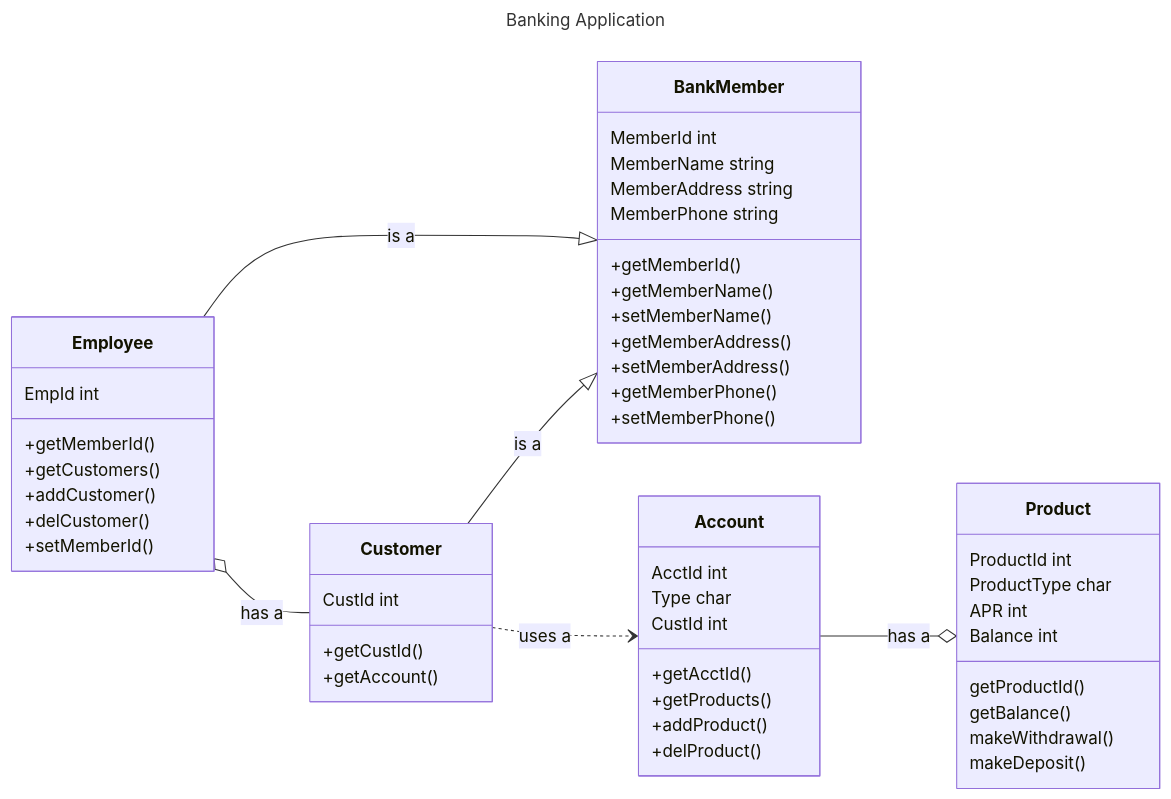
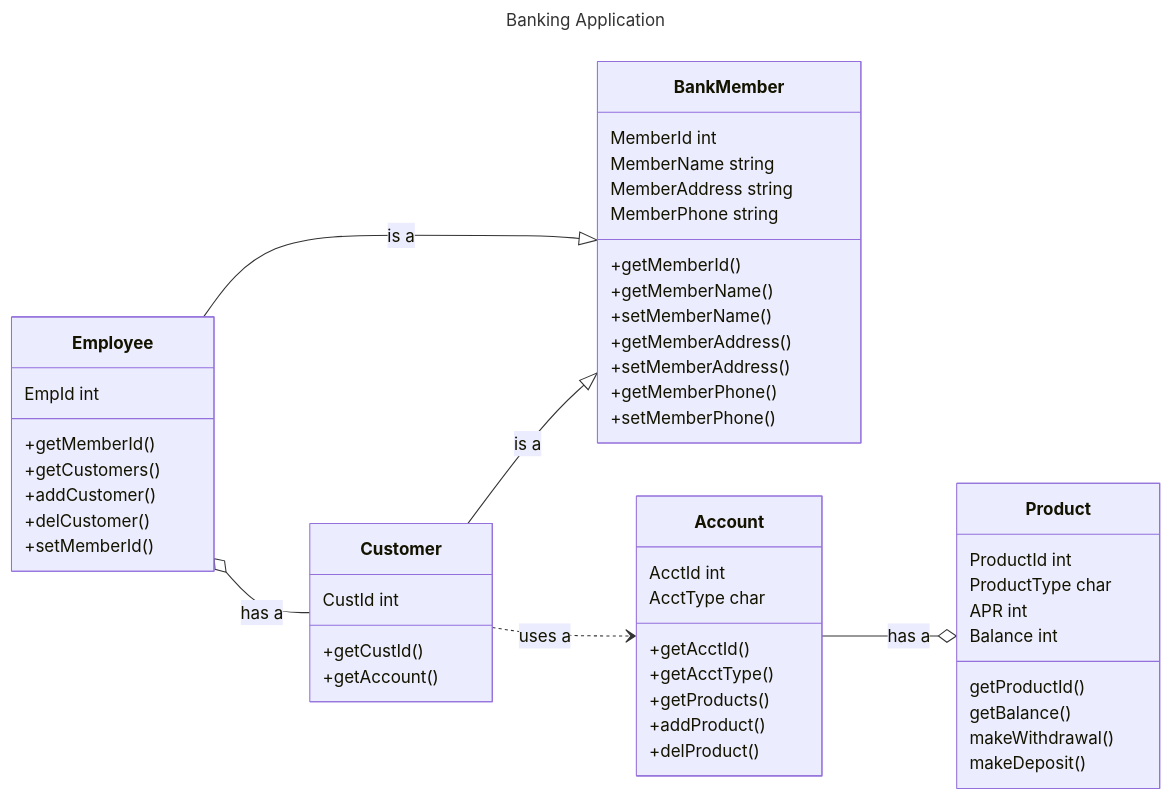
Before and after one commit to Marcus-Snell/Test: the diagram in mermaid.md, drawn with Mermaid.

````diff
--- a/mermaid.md
+++ b/mermaid.md
@@ -1,53 +1,53 @@
 ```mermaid
 ---
 title: Banking Application
 ---
 classDiagram
 direction LR
 BankMember
 BankMember : MemberId int
 BankMember : MemberName string
 BankMember : MemberAddress string
 BankMember : MemberPhone string
 BankMember : +getMemberId()
 BankMember : +getMemberName()
 BankMember : +setMemberName()
 BankMember : +getMemberAddress()
 BankMember : +setMemberAddress()
 BankMember : +getMemberPhone()
 BankMember : +setMemberPhone()
 
 Employee --|> BankMember : is a
 Employee o-- Customer : has a
 Employee : EmpId int
 Employee : +getMemberId()
 Employee : +getCustomers()
 Employee : +addCustomer()
 Employee : +delCustomer()
 Employee : +setMemberId()
 
 Customer --|> BankMember : is a
 Customer ..> Account : uses a
 Customer : CustId int
 Customer : +getCustId()
 Customer : +getAccount()
 
 Account --o Product : has a
 Account : AcctId int
-Account : Type char
-Account : CustId int
+Account : AcctType char
 Account : +getAcctId()
+Account : +getAcctType()
 Account : +getProducts()
 Account : +addProduct()
 Account : +delProduct()
 
 Product : ProductId int
 Product : ProductType char
 Product : APR int
 Product : Balance int
 Product : getProductId()
 Product : getBalance()
 Product : makeWithdrawal()
 Product : makeDeposit()
 
 ```
````
